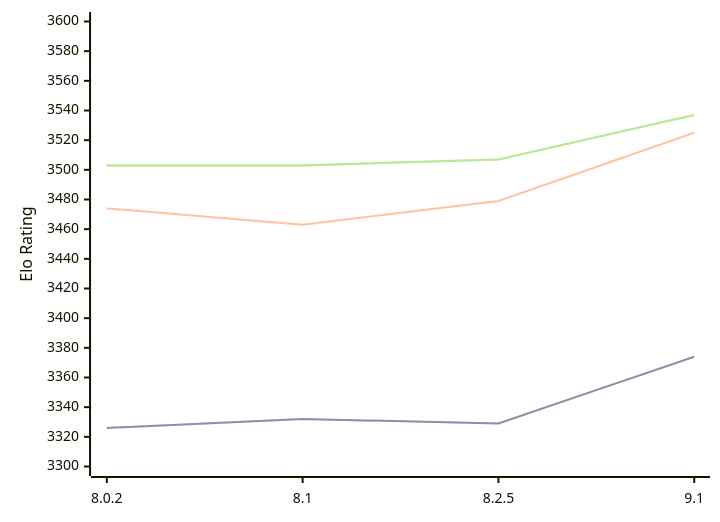
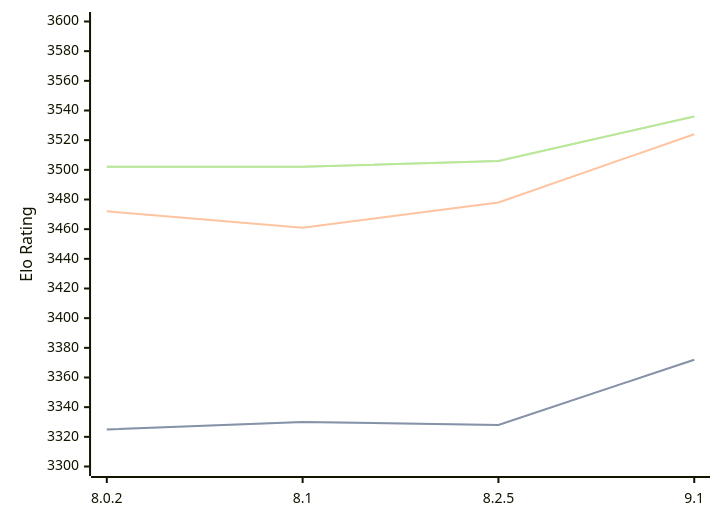
Before and after one commit to computer-chess-index/cci: the diagram in engines/Clover.md, drawn with Mermaid. The commit also changed other lines of this file, not shown here.

Commit message:
Update CCI Ratings (ELO VLTC) - 2026-08-04

````diff
--- a/engines/Clover.md
+++ b/engines/Clover.md
@@ -64,11 +64,11 @@
 ```mermaid
 %%{init: {"theme":"base","themeVariables":{"seriesColors:['#a3a3a3','#222221','#faa371']}}}%%
 xychart-beta
   x-axis ["8.0.2", "8.1", "8.2.5", "9.1"]
   y-axis "Elo Rating" 3300 --> 3600
-  line "STC (8.0+0.08s)" [3326, 3332, 3329, 3374]
-  line "STC (8.0+0.08s)" [3326, 3332, 3329, 3374]
-  line "LTC (60.0+0.60s)" [3474, 3463, 3479, 3525]
-  line "VLTC (2m24s+1.12s)" [3503, 3503, 3507, 3537]
-  line "VLTC (2m24s+1.12s)" [3503, 3503, 3507, 3537]
+  line "STC (8.0+0.08s)" [3325, 3330, 3328, 3372]
+  line "STC (8.0+0.08s)" [3325, 3330, 3328, 3372]
+  line "LTC (60.0+0.60s)" [3472, 3461, 3478, 3524]
+  line "VLTC (2m24s+1.12s)" [3502, 3502, 3506, 3536]
+  line "VLTC (2m24s+1.12s)" [3502, 3502, 3506, 3536]
 ```
````
